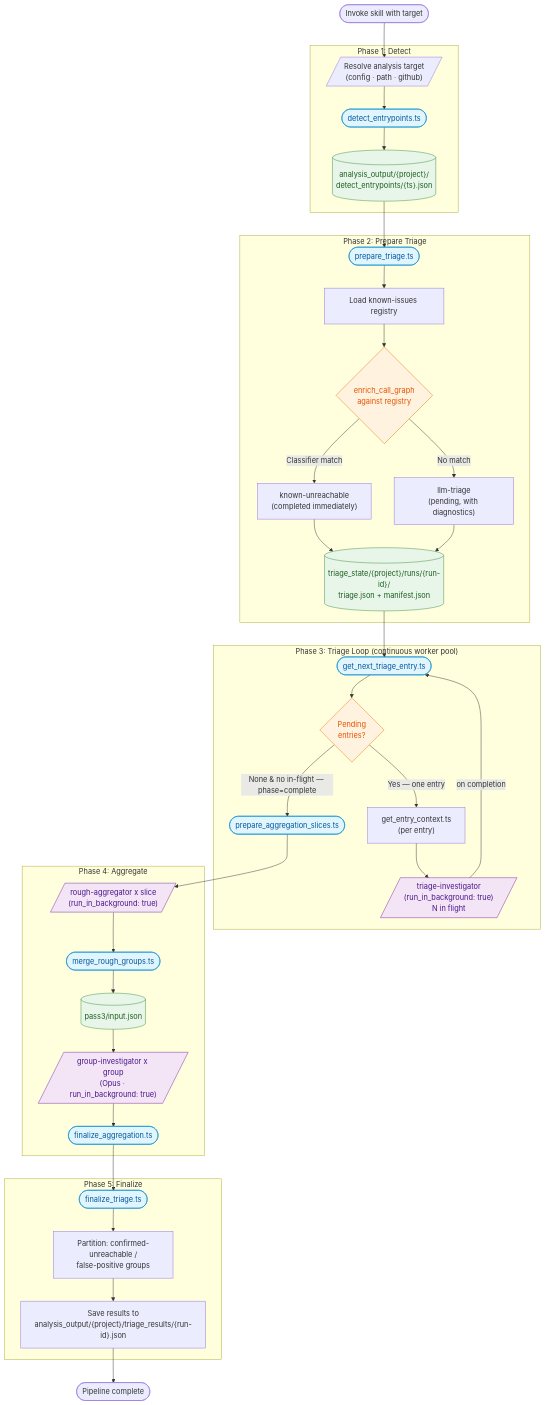
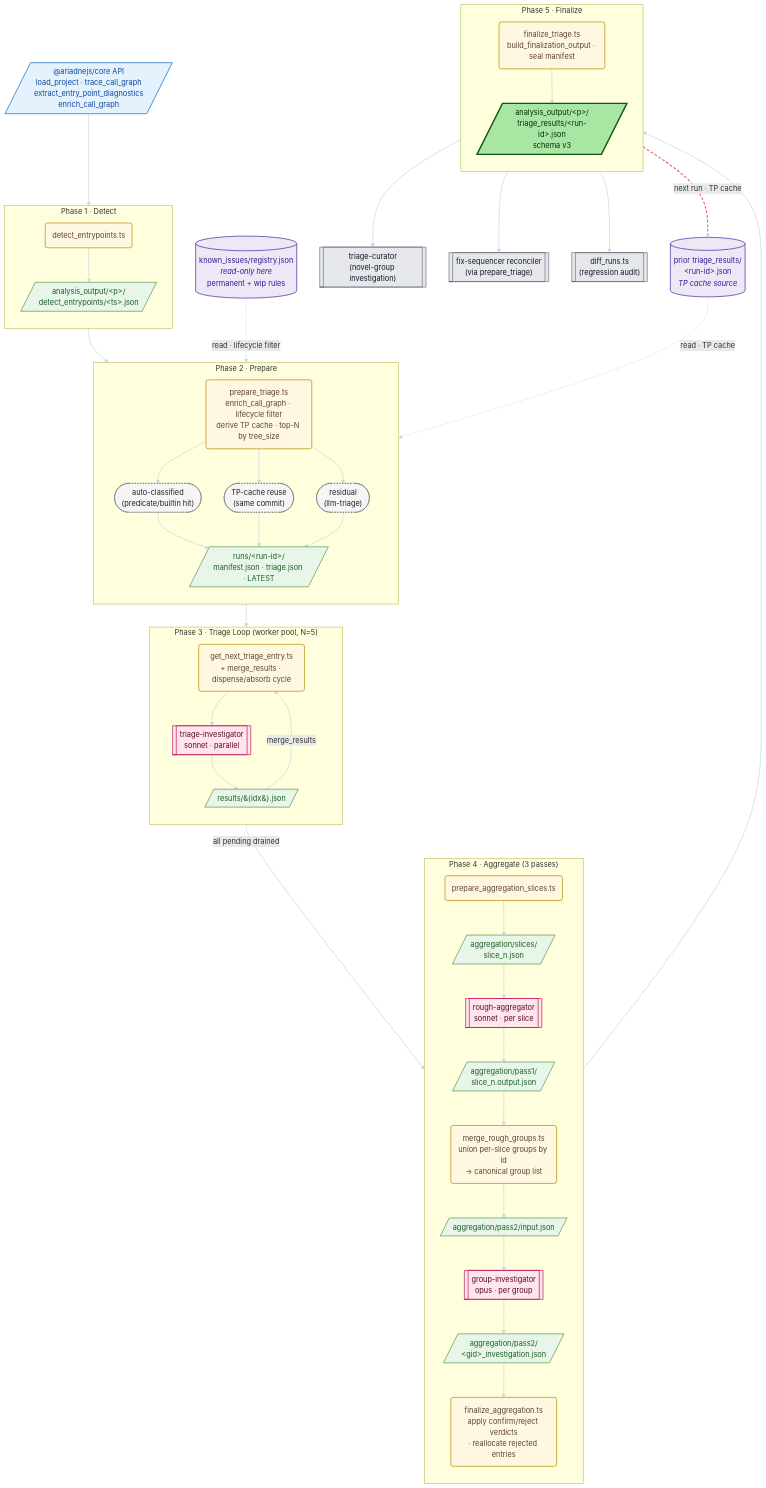
One commit to CRJFisher/ariadne changed the second of 2 diagrams in .claude/skills/self-repair-pipeline/README.md. Above: the diagram before and after it, drawn with Mermaid. The commit also changed other lines of this file and 3 other files, not shown here.

First line of the commit message:
docs(190): redesign step diagrams + curator skill metadata

````diff
--- a/.claude/skills/self-repair-pipeline/README.md
+++ b/.claude/skills/self-repair-pipeline/README.md
@@ -11,67 +46,90 @@
 ```mermaid
 flowchart TD
-    START(["Invoke skill with target"]) --> RESOLVE
+  classDef ext        fill:#e3f2fd,stroke:#1565c0,stroke-width:1.5px,color:#0d47a1
+  classDef store      fill:#ede7f6,stroke:#4527a0,stroke-width:1.5px,color:#311b92
+  classDef artifact   fill:#e8f5e9,stroke:#2e7d32,stroke-width:1.2px,color:#1b5e20
+  classDef step       fill:#fff8e1,stroke:#b58900,stroke-width:1.5px,color:#5d4037
+  classDef agent      fill:#ffe5ec,stroke:#c2185b,stroke-width:1.5px,color:#5a0922
+  classDef inter      fill:#f5f5f5,stroke:#616161,stroke-width:1px,color:#212121,stroke-dasharray:3 3
+  classDef published  fill:#a8e6a3,stroke:#0e5510,stroke-width:3px,color:#062c08
+  classDef downstream fill:#e5e7eb,stroke:#374151,stroke-width:1px,color:#111827
 
-    %% ── Phase 1: Detect ─────────────────────────────────────
-    subgraph P1["Phase 1: Detect"]
-        RESOLVE[/"Resolve analysis target<br/>(config · path · github)"/]
-        RESOLVE --> DETECT(["detect_entrypoints.ts"])
-        DETECT --> ANALYSIS[("analysis_output/{project}/<br/>detect_entrypoints/{ts}.json")]
-    end
+  CORE[/"@ariadnejs/core API<br/>load_project · trace_call_graph<br/>extract_entry_point_diagnostics<br/>enrich_call_graph"/]:::ext
 
-    ANALYSIS --> PREPARE
+  REG[("known_issues/registry.json<br/><i>read-only here</i><br/>permanent + wip rules")]:::store
+  PRIOR[("prior triage_results/<br/>&lt;run-id&gt;.json<br/><i>TP cache source</i>")]:::store
 
-    %% ── Phase 2: Prepare Triage ──────────────────────────────
-    subgraph P2["Phase 2: Prepare Triage"]
-        PREPARE(["prepare_triage.ts"]) --> LOAD_REG["Load known-issues registry"]
-        LOAD_REG --> CLASSIFY{"enrich_call_graph<br/>against registry"}
-        CLASSIFY -->|"Classifier match"| KNOWN_UR["known-unreachable<br/>(completed immediately)"]
-        CLASSIFY -->|"No match"| LLM_TRIAGE["llm-triage<br/>(pending, with diagnostics)"]
-        KNOWN_UR --> STATE
-        LLM_TRIAGE --> STATE
-        STATE[("triage_state/{project}/runs/{run-id}/<br/>triage.json + manifest.json")]
-    end
+  subgraph P1["Phase 1 · Detect"]
+    direction TB
+    S1("detect_entrypoints.ts"):::step
+    A1[/"analysis_output/&lt;p&gt;/<br/>detect_entrypoints/&lt;ts&gt;.json"/]:::artifact
+  end
 
-    STATE --> LOOP_ENTRY
+  subgraph P2["Phase 2 · Prepare"]
+    direction TB
+    S2("prepare_triage.ts<br/>enrich_call_graph · lifecycle filter<br/>derive TP cache · top-N by tree_size"):::step
+    I_AUTO(["auto-classified<br/>(predicate/builtin hit)"]):::inter
+    I_TP(["TP-cache reuse<br/>(same commit)"]):::inter
+    I_RES(["residual<br/>(llm-triage)"]):::inter
+    A2[/"runs/&lt;run-id&gt;/<br/>manifest.json · triage.json · LATEST"/]:::artifact
+  end
 
-    %% ── Phase 3: Triage Loop ─────────────────────────────────
-    subgraph P3["Phase 3: Triage Loop (continuous worker pool)"]
-        LOOP_ENTRY(["get_next_triage_entry.ts"]) --> POOL_CHECK{"Pending<br/>entries?"}
-        POOL_CHECK -->|"Yes — one entry"| CONTEXT["get_entry_context.ts<br/>(per entry)"]
-        CONTEXT --> INVESTIGATORS[/"triage-investigator<br/>(run_in_background: true)<br/>N in flight"/]
-        INVESTIGATORS -->|"on completion"| LOOP_ENTRY
-        POOL_CHECK -->|"None &amp; no in-flight — phase=complete"| AGG_START
-    end
+  subgraph P3["Phase 3 · Triage Loop (worker pool, N=5)"]
+    direction TB
+    S3("get_next_triage_entry.ts<br/>+ merge_results · dispense/absorb cycle"):::step
+    AG3[["triage-investigator<br/>sonnet · parallel"]]:::agent
+    A3[/"results/&#123;idx&#125;.json"/]:::artifact
+  end
 
-    %% ── Phase 4: Aggregate ───────────────────────────────────
-    subgraph P4["Phase 4: Aggregate"]
-        AGG_START(["prepare_aggregation_slices.ts"])
-        AGG_START --> ROUGH[/"rough-aggregator x slice<br/>(run_in_background: true)"/]
-        ROUGH --> MERGE_ROUGH(["merge_rough_groups.ts"])
-        MERGE_ROUGH --> PASS3_INPUT[("pass3/input.json")]
-        PASS3_INPUT --> INVESTIGATORS2[/"group-investigator x group<br/>(Opus · run_in_background: true)"/]
-        INVESTIGATORS2 --> FINALIZE_AGG(["finalize_aggregation.ts"])
-    end
+  subgraph P4["Phase 4 · Aggregate (3 passes)"]
+    direction TB
+    S4a("prepare_aggregation_slices.ts"):::step
+    A4a[/"aggregation/slices/<br/>slice_n.json"/]:::artifact
+    AG4a[["rough-aggregator<br/>sonnet · per slice"]]:::agent
+    A4b[/"aggregation/pass1/<br/>slice_n.output.json"/]:::artifact
+    S4b("merge_rough_groups.ts<br/>union per-slice groups by id<br/>→ canonical group list"):::step
+    A4c[/"aggregation/pass2/input.json"/]:::artifact
+    AG4b[["group-investigator<br/>opus · per group"]]:::agent
+    A4d[/"aggregation/pass2/<br/>&lt;gid&gt;_investigation.json"/]:::artifact
+    S4c("finalize_aggregation.ts<br/>apply confirm/reject verdicts<br/>· reallocate rejected entries"):::step
+  end
 
-    FINALIZE_AGG --> FINALIZE
+  subgraph P5["Phase 5 · Finalize"]
+    direction TB
+    S5("finalize_triage.ts<br/>build_finalization_output · seal manifest"):::step
+    PUB[/"analysis_output/&lt;p&gt;/<br/>triage_results/&lt;run-id&gt;.json<br/>schema v3"/]:::published
+  end
 
-    %% ── Phase 5: Finalize ────────────────────────────────────
-    subgraph P5["Phase 5: Finalize"]
-        FINALIZE(["finalize_triage.ts"])
-        FINALIZE --> PARTITION["Partition: confirmed-unreachable /<br/>false-positive groups"]
-        PARTITION --> SAVE["Save results to<br/>analysis_output/{project}/triage_results/{run-id}.json"]
-    end
+  CUR[["triage-curator<br/>(novel-group investigation)"]]:::downstream
+  FX[["fix-sequencer reconciler<br/>(via prepare_triage)"]]:::downstream
+  DIF[["diff_runs.ts<br/>(regression audit)"]]:::downstream
 
-    SAVE --> DONE(["Pipeline complete"])
+  CORE --> S1
+  S1 --> A1 --> S2
+  REG -. "read · lifecycle filter" .-> S2
+  PRIOR -. "read · TP cache" .-> S2
 
-    %% ── Styling ──────────────────────────────────────────────
-    classDef script fill:#e1f5fe,stroke:#0288d1,color:#01579b
-    classDef agent fill:#f3e5f5,stroke:#7b1fa2,color:#4a148c
-    classDef decision fill:#fff3e0,stroke:#ef6c00,color:#e65100
-    classDef data fill:#e8f5e9,stroke:#388e3c,color:#1b5e20
+  S2 --> I_AUTO
+  S2 --> I_TP
+  S2 --> I_RES
+  I_AUTO --> A2
+  I_TP --> A2
+  I_RES --> A2
 
-    class DETECT,PREPARE,FINALIZE,LOOP_ENTRY,AGG_START,MERGE_ROUGH,FINALIZE_AGG script
-    class INVESTIGATORS,INVESTIGATORS2,ROUGH agent
-    class CLASSIFY,POOL_CHECK decision
-    class ANALYSIS,STATE,PASS3_INPUT data
+  A2 --> S3
+  S3 --> AG3 --> A3
+  A3 -- "merge_results" --> S3
+  S3 -- "all pending drained" --> S4a
+
+  S4a --> A4a --> AG4a --> A4b --> S4b --> A4c --> AG4b --> A4d --> S4c
+  S4c --> S5 --> PUB
+
+  PUB --> CUR
+  PUB --> FX
+  PUB --> DIF
+
+  PUB -. "next run · TP cache" .-> PRIOR
+
+  linkStyle default stroke:#cbd5e1,stroke-width:1.5px
+  linkStyle 29 stroke:#ef5350,stroke-width:2.2px,stroke-dasharray:6 4
 ```
````
